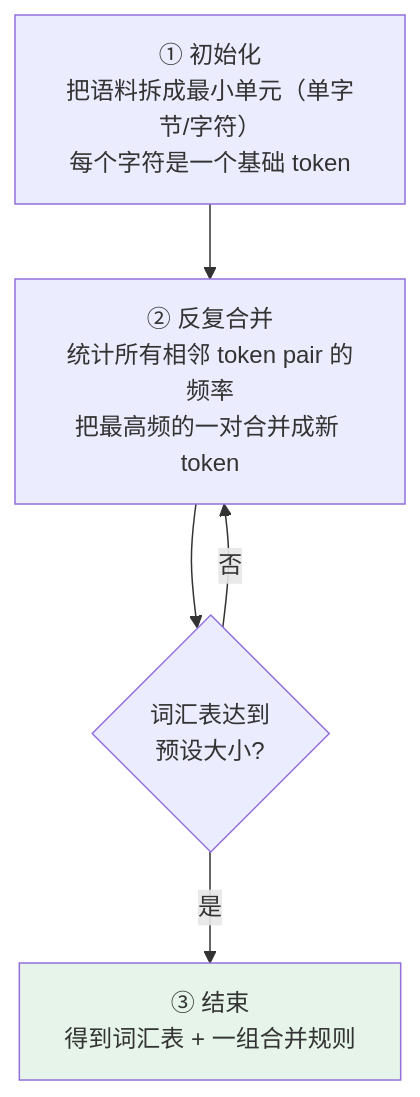
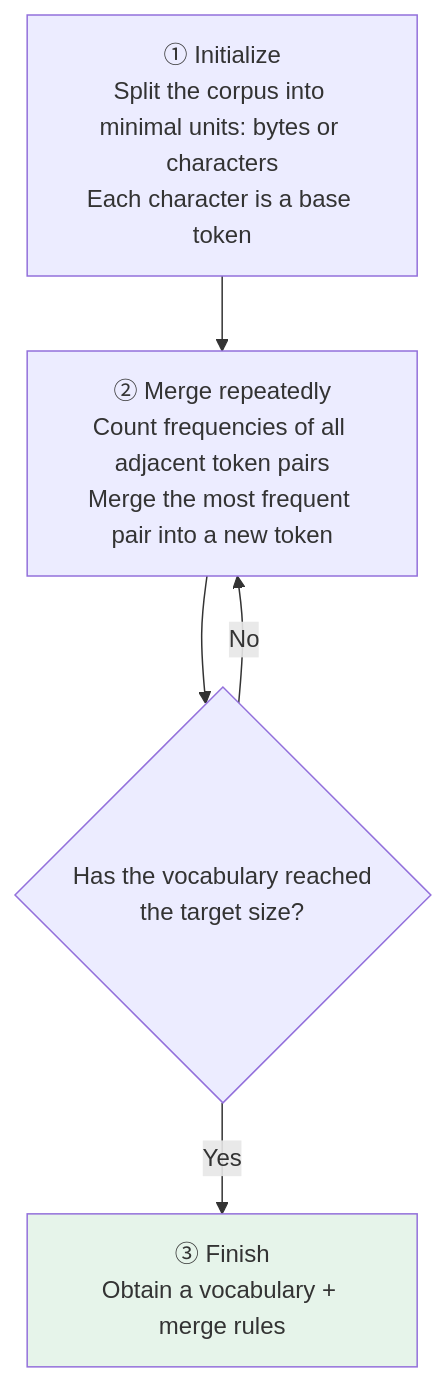
The second of 2 diagrams in docs/llm/01-foundations/05-tokenizer.md (oneleaveknowsthefall/awesome-ai-roadmap), drawn with Mermaid before and after one commit. The commit also changed other lines of this file and 92 other files, not shown here.

````diff
--- a/docs/llm/01-foundations/05-tokenizer.md
+++ b/docs/llm/01-foundations/05-tokenizer.md
@@ -59,10 +61,10 @@
 ```mermaid
 flowchart TB
-    S1["① 初始化<br/>把语料拆成最小单元（单字节/字符）<br/>每个字符是一个基础 token"]
-    S1 --> S2["② 反复合并<br/>统计所有相邻 token pair 的频率<br/>把最高频的一对合并成新 token"]
-    S2 --> S3{"词汇表达到<br/>预设大小?"}
-    S3 -->|否| S2
-    S3 -->|是| S4["③ 结束<br/>得到词汇表 + 一组合并规则"]
+    S1["① Initialize<br/>Split the corpus into minimal units: bytes or characters<br/>Each character is a base token"]
+    S1 --> S2["② Merge repeatedly<br/>Count frequencies of all adjacent token pairs<br/>Merge the most frequent pair into a new token"]
+    S2 --> S3{"Has the vocabulary reached<br/>the target size?"}
+    S3 -->|No| S2
+    S3 -->|Yes| S4["③ Finish<br/>Obtain a vocabulary + merge rules"]
 
     style S4 fill:#e6f4ea
 ```
````
